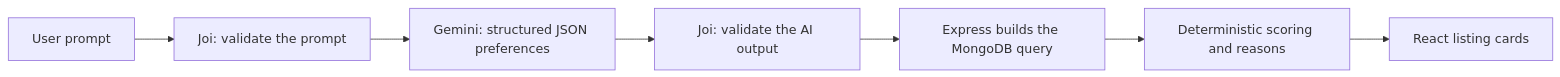
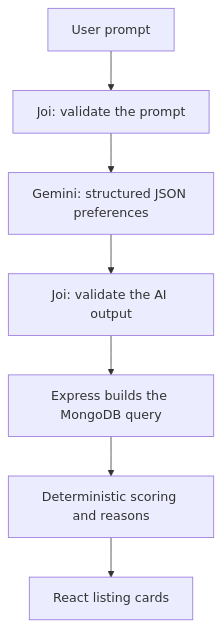
The first of 2 diagrams in README.md (mantramehta/StaySphere), drawn with Mermaid before and after one commit. The commit also changed other lines of this file and 2 other files, not shown here.

Commit message:
Improve README screenshot layout and AI flow diagram readability

````diff
--- a/README.md
+++ b/README.md
@@ -55,9 +60,9 @@
 ```mermaid
-flowchart LR
+flowchart TD
     Prompt["User prompt"] --> Validate["Joi: validate the prompt"]
     Validate --> Gemini["Gemini: structured JSON preferences"]
     Gemini --> Check["Joi: validate the AI output"]
     Check --> Query["Express builds the MongoDB query"]
     Query --> Rank["Deterministic scoring and reasons"]
     Rank --> Cards["React listing cards"]
 ```
````
